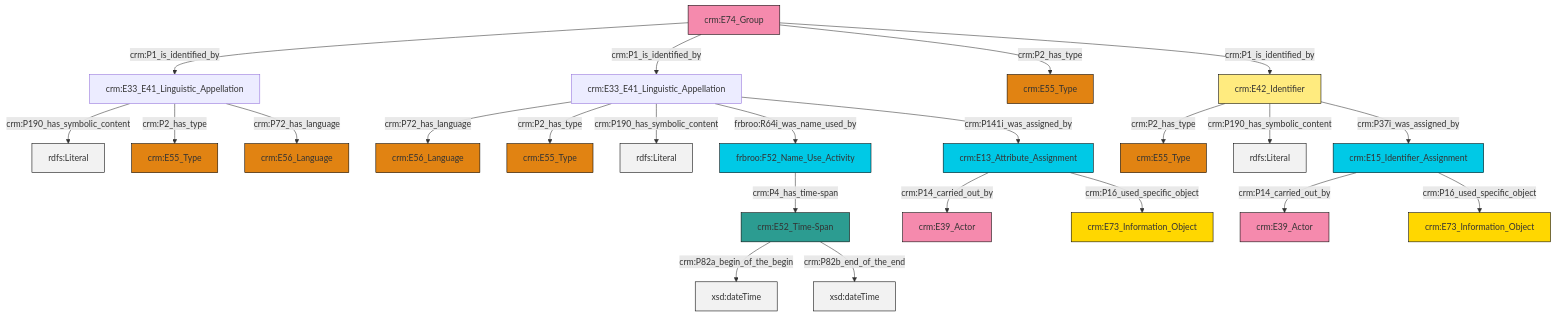
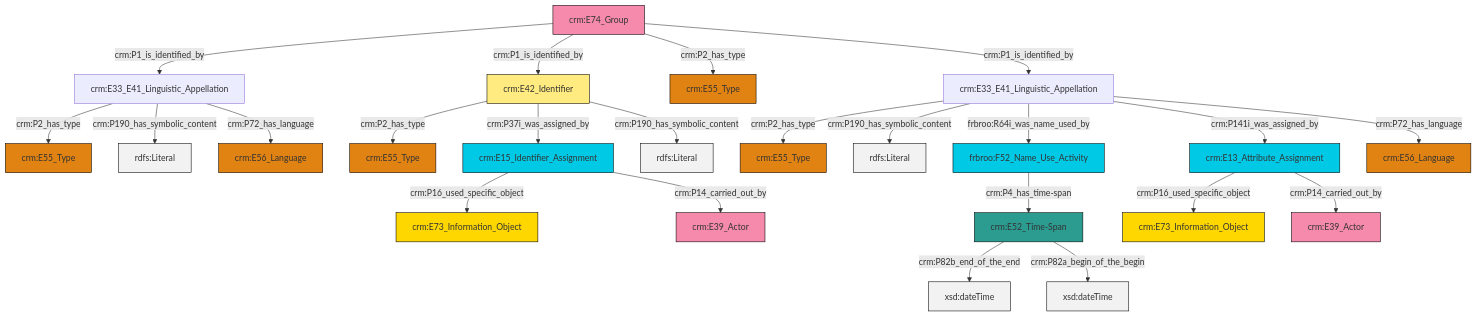
The diagram in et/groupCSV/ttl/mmd/group_name.ttl.mmd (swiss-art-research-net/reference-data-models), drawn with Mermaid before and after one commit. The commit also changed 128 other files, not shown here.

```diff
--- a/et/groupCSV/ttl/mmd/group_name.ttl.mmd
+++ b/et/groupCSV/ttl/mmd/group_name.ttl.mmd
@@ -1,37 +1,37 @@
 graph TD
 classDef Literal fill:#f2f2f2,stroke:#000000;
 classDef CRM_Entity fill:#FFFFFF,stroke:#000000;
 classDef Temporal_Entity fill:#00C9E6, stroke:#000000;
 classDef Type fill:#E18312, stroke:#000000;
 classDef Time-Span fill:#2C9C91, stroke:#000000;
 classDef Appellation fill:#FFEB7F, stroke:#000000;
 classDef Place fill:#008836, stroke:#000000;
 classDef Persistent_Item fill:#B266B2, stroke:#000000;
 classDef Conceptual_Object fill:#FFD700, stroke:#000000;
 classDef Physical_Thing fill:#D2B48C, stroke:#000000;
 classDef Actor fill:#f58aad, stroke:#000000;
 classDef PC_Classes fill:#4ce600, stroke:#000000;
 classDef Multi fill:#cccccc,stroke:#000000;
 
-0["crm:E74_Group"]:::Actor -->|crm:P1_is_identified_by| 6["crm:E33_E41_Linguistic_Appellation"]:::Default
-8["crm:E42_Identifier"]:::Appellation -->|crm:P2_has_type| 9["crm:E55_Type"]:::Type
-10["crm:E15_Identifier_Assignment"]:::Temporal_Entity -->|crm:P14_carried_out_by| 11["crm:E39_Actor"]:::Actor
-8["crm:E42_Identifier"]:::Appellation -->|crm:P190_has_symbolic_content| 12[rdfs:Literal]:::Literal
-13["crm:E33_E41_Linguistic_Appellation"]:::Default -->|crm:P72_has_language| 4["crm:E56_Language"]:::Type
-13["crm:E33_E41_Linguistic_Appellation"]:::Default -->|crm:P2_has_type| 20["crm:E55_Type"]:::Type
-23["frbroo:F52_Name_Use_Activity"]:::Temporal_Entity -->|crm:P4_has_time-span| 21["crm:E52_Time-Span"]:::Time-Span
-13["crm:E33_E41_Linguistic_Appellation"]:::Default -->|crm:P190_has_symbolic_content| 24[rdfs:Literal]:::Literal
-8["crm:E42_Identifier"]:::Appellation -->|crm:P37i_was_assigned_by| 10["crm:E15_Identifier_Assignment"]:::Temporal_Entity
-6["crm:E33_E41_Linguistic_Appellation"]:::Default -->|crm:P190_has_symbolic_content| 29[rdfs:Literal]:::Literal
-21["crm:E52_Time-Span"]:::Time-Span -->|crm:P82a_begin_of_the_begin| 34[xsd:dateTime]:::Literal
-13["crm:E33_E41_Linguistic_Appellation"]:::Default -->|frbroo:R64i_was_name_used_by| 23["frbroo:F52_Name_Use_Activity"]:::Temporal_Entity
-32["crm:E13_Attribute_Assignment"]:::Temporal_Entity -->|crm:P14_carried_out_by| 27["crm:E39_Actor"]:::Actor
-0["crm:E74_Group"]:::Actor -->|crm:P1_is_identified_by| 13["crm:E33_E41_Linguistic_Appellation"]:::Default
-13["crm:E33_E41_Linguistic_Appellation"]:::Default -->|crm:P141i_was_assigned_by| 32["crm:E13_Attribute_Assignment"]:::Temporal_Entity
-6["crm:E33_E41_Linguistic_Appellation"]:::Default -->|crm:P2_has_type| 2["crm:E55_Type"]:::Type
-21["crm:E52_Time-Span"]:::Time-Span -->|crm:P82b_end_of_the_end| 37[xsd:dateTime]:::Literal
-0["crm:E74_Group"]:::Actor -->|crm:P2_has_type| 25["crm:E55_Type"]:::Type
-6["crm:E33_E41_Linguistic_Appellation"]:::Default -->|crm:P72_has_language| 30["crm:E56_Language"]:::Type
-10["crm:E15_Identifier_Assignment"]:::Temporal_Entity -->|crm:P16_used_specific_object| 17["crm:E73_Information_Object"]:::Conceptual_Object
-0["crm:E74_Group"]:::Actor -->|crm:P1_is_identified_by| 8["crm:E42_Identifier"]:::Appellation
-32["crm:E13_Attribute_Assignment"]:::Temporal_Entity -->|crm:P16_used_specific_object| 40["crm:E73_Information_Object"]:::Conceptual_Object
+0["crm:E74_Group"]:::Actor -->|crm:P1_is_identified_by| 1["crm:E33_E41_Linguistic_Appellation"]:::Default
+4["crm:E52_Time-Span"]:::Time-Span -->|crm:P82b_end_of_the_end| 5[xsd:dateTime]:::Literal
+6["crm:E42_Identifier"]:::Appellation -->|crm:P2_has_type| 7["crm:E55_Type"]:::Type
+8["crm:E33_E41_Linguistic_Appellation"]:::Default -->|crm:P2_has_type| 9["crm:E55_Type"]:::Type
+0["crm:E74_Group"]:::Actor -->|crm:P1_is_identified_by| 6["crm:E42_Identifier"]:::Appellation
+1["crm:E33_E41_Linguistic_Appellation"]:::Default -->|crm:P2_has_type| 13["crm:E55_Type"]:::Type
+8["crm:E33_E41_Linguistic_Appellation"]:::Default -->|crm:P190_has_symbolic_content| 18[rdfs:Literal]:::Literal
+6["crm:E42_Identifier"]:::Appellation -->|crm:P37i_was_assigned_by| 19["crm:E15_Identifier_Assignment"]:::Temporal_Entity
+19["crm:E15_Identifier_Assignment"]:::Temporal_Entity -->|crm:P16_used_specific_object| 20["crm:E73_Information_Object"]:::Conceptual_Object
+22["crm:E13_Attribute_Assignment"]:::Temporal_Entity -->|crm:P16_used_specific_object| 2["crm:E73_Information_Object"]:::Conceptual_Object
+1["crm:E33_E41_Linguistic_Appellation"]:::Default -->|crm:P190_has_symbolic_content| 23[rdfs:Literal]:::Literal
+24["frbroo:F52_Name_Use_Activity"]:::Temporal_Entity -->|crm:P4_has_time-span| 4["crm:E52_Time-Span"]:::Time-Span
+8["crm:E33_E41_Linguistic_Appellation"]:::Default -->|frbroo:R64i_was_name_used_by| 24["frbroo:F52_Name_Use_Activity"]:::Temporal_Entity
+22["crm:E13_Attribute_Assignment"]:::Temporal_Entity -->|crm:P14_carried_out_by| 10["crm:E39_Actor"]:::Actor
+0["crm:E74_Group"]:::Actor -->|crm:P2_has_type| 26["crm:E55_Type"]:::Type
+6["crm:E42_Identifier"]:::Appellation -->|crm:P190_has_symbolic_content| 32[rdfs:Literal]:::Literal
+4["crm:E52_Time-Span"]:::Time-Span -->|crm:P82a_begin_of_the_begin| 33[xsd:dateTime]:::Literal
+19["crm:E15_Identifier_Assignment"]:::Temporal_Entity -->|crm:P14_carried_out_by| 16["crm:E39_Actor"]:::Actor
+8["crm:E33_E41_Linguistic_Appellation"]:::Default -->|crm:P141i_was_assigned_by| 22["crm:E13_Attribute_Assignment"]:::Temporal_Entity
+1["crm:E33_E41_Linguistic_Appellation"]:::Default -->|crm:P72_has_language| 37["crm:E56_Language"]:::Type
+0["crm:E74_Group"]:::Actor -->|crm:P1_is_identified_by| 8["crm:E33_E41_Linguistic_Appellation"]:::Default
+8["crm:E33_E41_Linguistic_Appellation"]:::Default -->|crm:P72_has_language| 29["crm:E56_Language"]:::Type
```
